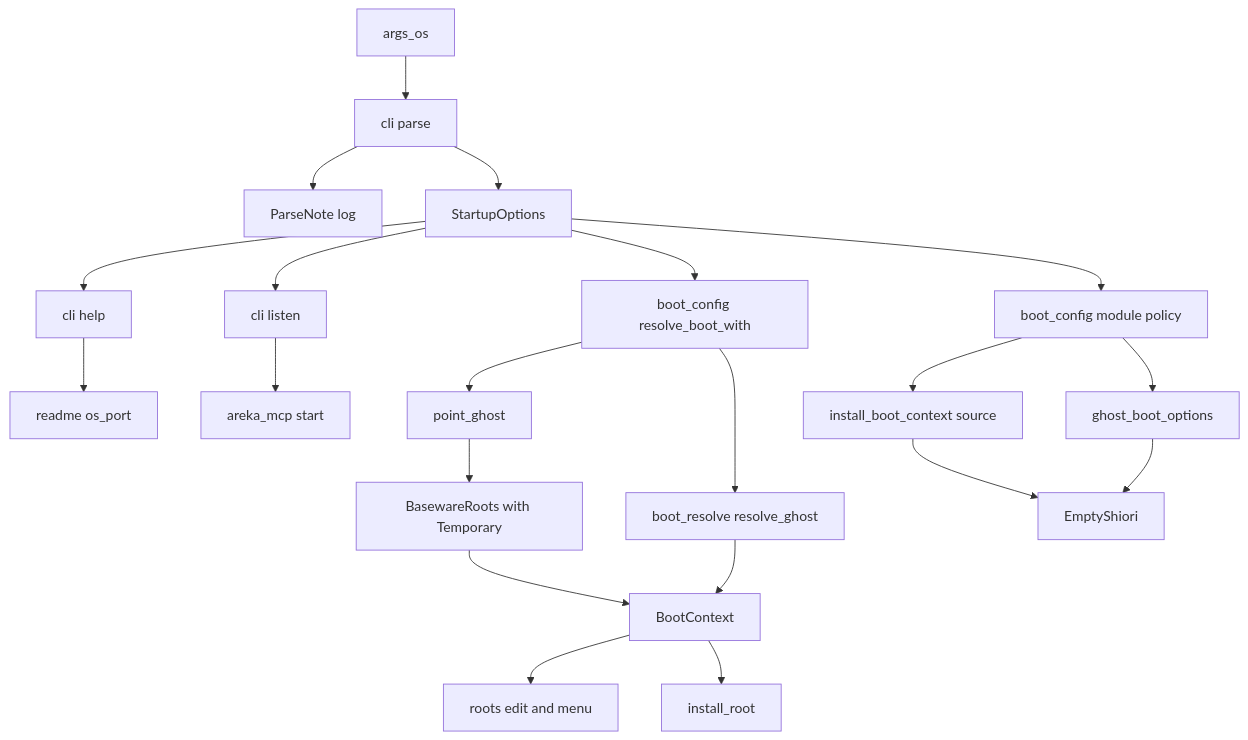
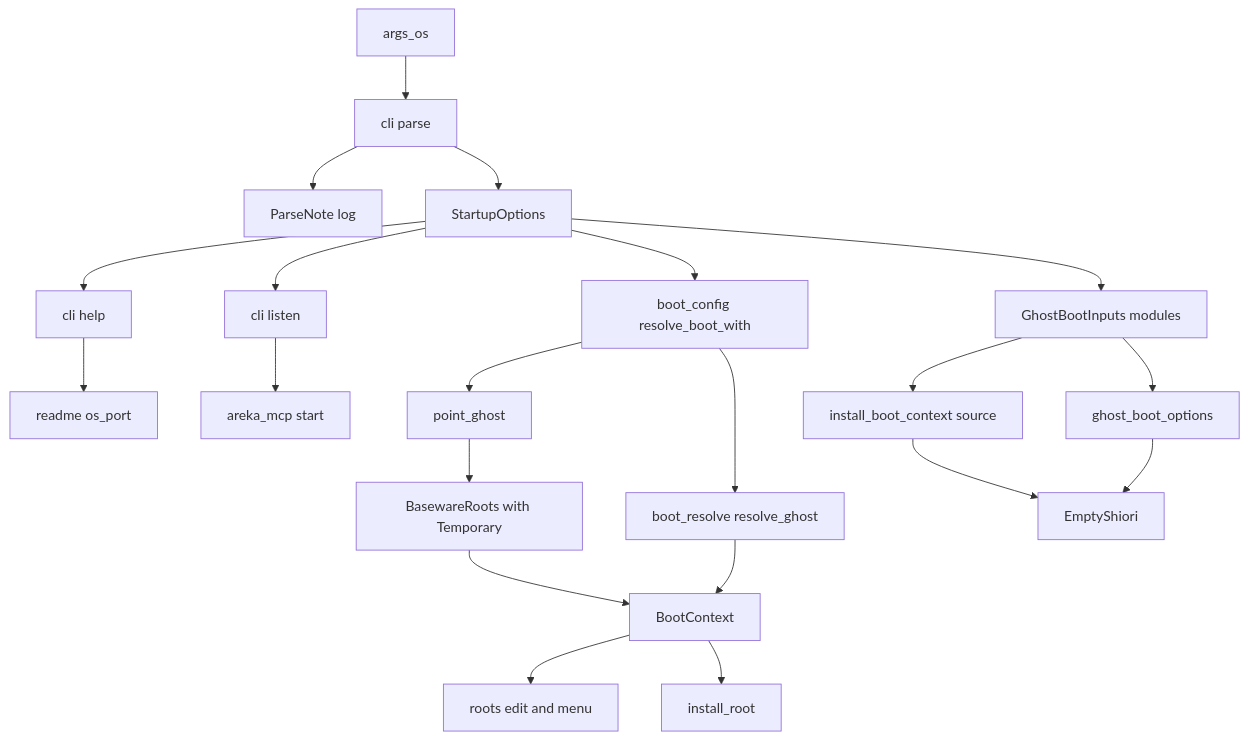
One commit to ekicyou/areka changed the first of 3 diagrams in .kiro/specs/areka-P0-startup-options-core/design.md. Above: the diagram before and after it, drawn with Mermaid. The commit also changed other lines of this file and 1 other file, not shown here.

````diff
--- a/.kiro/specs/areka-P0-startup-options-core/design.md
+++ b/.kiro/specs/areka-P0-startup-options-core/design.md
@@ -82,23 +83,23 @@
 ```mermaid
 graph TB
     Args[args_os] --> Cli[cli parse]
     Cli --> Notes[ParseNote log]
     Cli --> Opts[StartupOptions]
     Opts --> Help[cli help]
     Help --> OsPort[readme os_port]
     Opts --> Listen[cli listen]
     Listen --> Mcp[areka_mcp start]
-    Opts --> Policy[boot_config module policy]
+    Opts --> Policy[GhostBootInputs modules]
     Opts --> Resolve[boot_config resolve_boot_with]
     Resolve --> Point[point_ghost]
     Point --> Roots[BasewareRoots with Temporary]
     Resolve --> Chain[boot_resolve resolve_ghost]
     Roots --> Ctx[BootContext]
     Chain --> Ctx
     Policy --> Source[install_boot_context source]
     Policy --> Fallback[ghost_boot_options]
     Source --> Empty[EmptyShiori]
     Fallback --> Empty
     Ctx --> Edit[roots edit and menu]
     Ctx --> Install[install_root]
 ```
````
